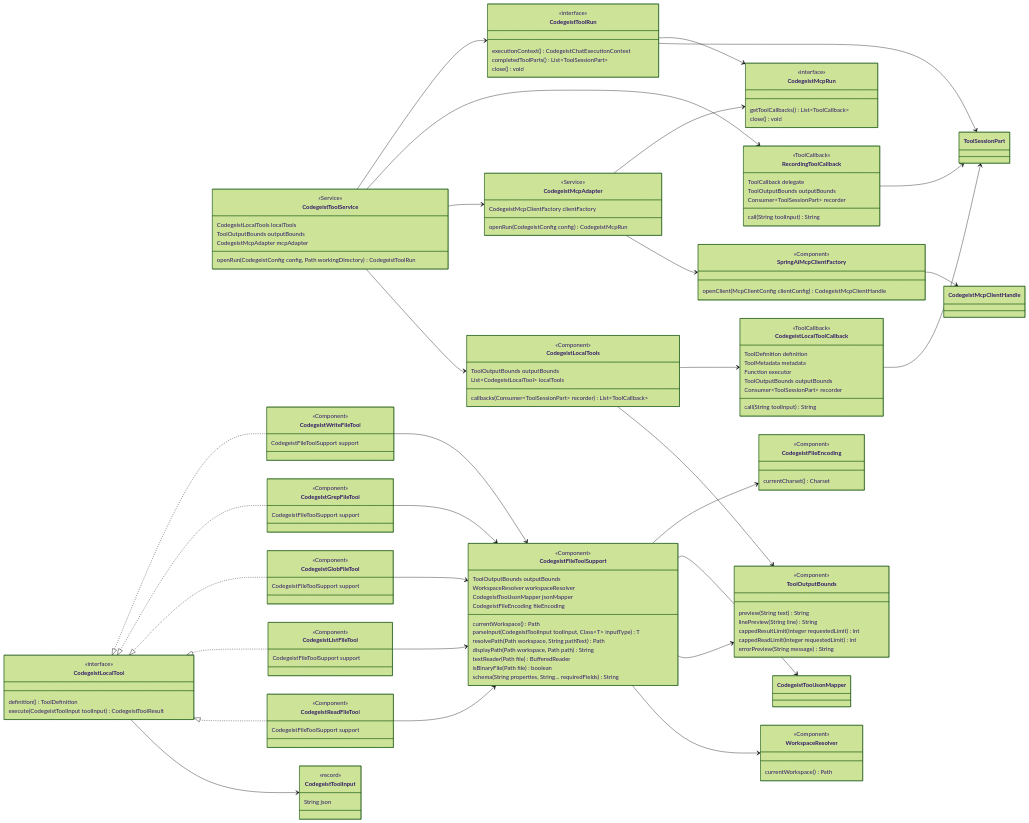
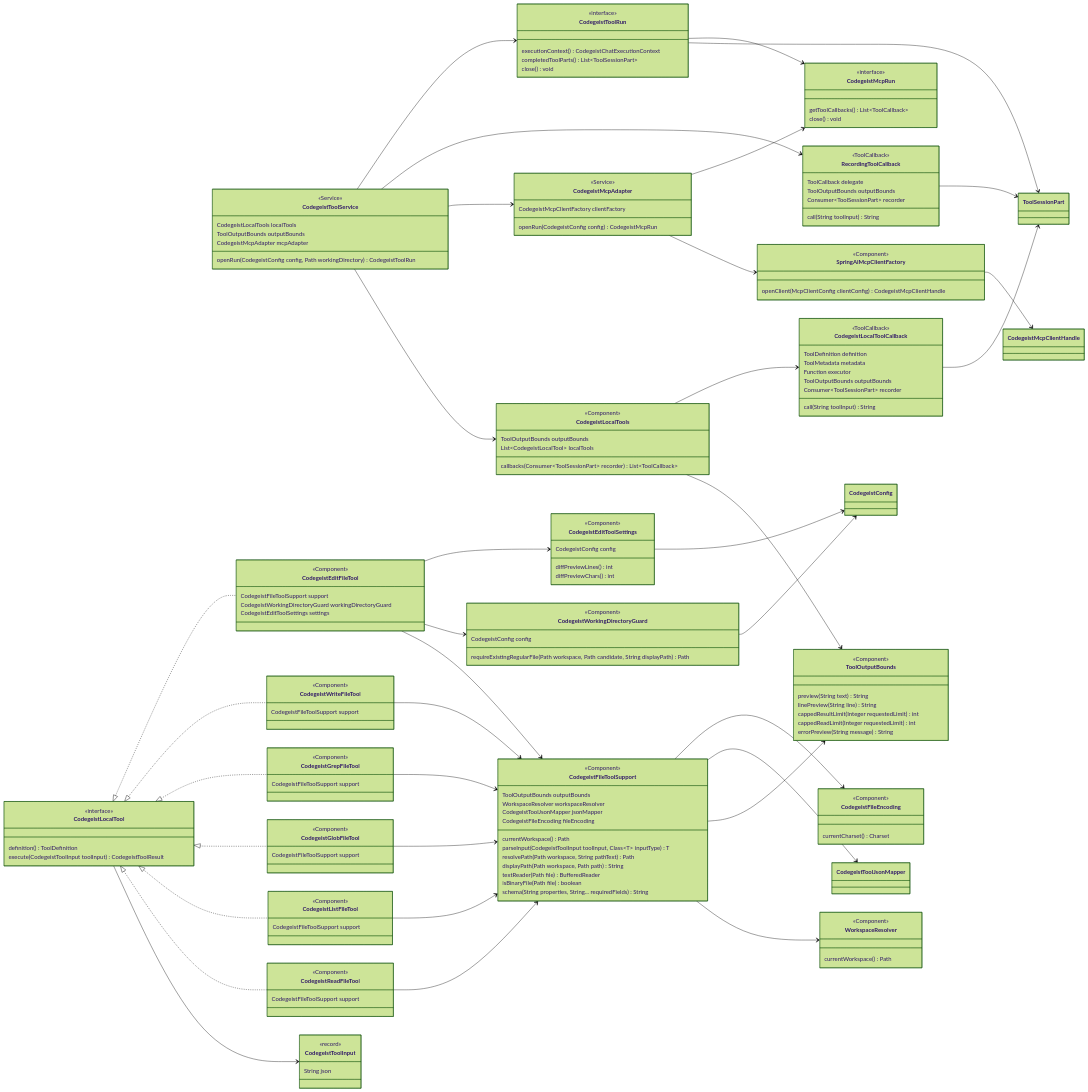
Before and after one commit to codegeist-ai/codegeist: the first of 5 diagrams in docs/developer/architecture/local-file-tools.md, drawn with Mermaid (forest theme). The commit also changed other lines of this file and 61 other files, not shown here.

First line of the commit message:
feat(tool): add exact edit tool and native smoke harness

````diff
--- a/docs/developer/architecture/local-file-tools.md
+++ b/docs/developer/architecture/local-file-tools.md
@@ -188,6 +200,12 @@
       schema(String properties, String... requiredFields) String
     }
 
+    class CodegeistWorkingDirectoryGuard {
+      <<Component>>
+      CodegeistConfig config
+      requireExistingRegularFile(Path workspace, Path candidate, String displayPath) Path
+    }
+
     class CodegeistFileEncoding {
       <<Component>>
       currentCharset() Charset
@@ -228,6 +246,20 @@
       CodegeistFileToolSupport support
     }
 
+    class CodegeistEditFileTool {
+      <<Component>>
+      CodegeistFileToolSupport support
+      CodegeistWorkingDirectoryGuard workingDirectoryGuard
+      CodegeistEditToolSettings settings
+    }
+
+    class CodegeistEditToolSettings {
+      <<Component>>
+      CodegeistConfig config
+      diffPreviewLines() int
+      diffPreviewChars() int
+    }
+
     CodegeistToolService --> CodegeistLocalTools
     CodegeistToolService --> CodegeistMcpAdapter
     CodegeistToolService --> RecordingToolCallback
@@ -246,14 +278,20 @@
     CodegeistLocalTool <|.. CodegeistGlobFileTool
     CodegeistLocalTool <|.. CodegeistGrepFileTool
     CodegeistLocalTool <|.. CodegeistWriteFileTool
+    CodegeistLocalTool <|.. CodegeistEditFileTool
     CodegeistFileToolSupport --> WorkspaceResolver
     CodegeistFileToolSupport --> ToolOutputBounds
     CodegeistFileToolSupport --> CodegeistToolJsonMapper
     CodegeistFileToolSupport --> CodegeistFileEncoding
+    CodegeistWorkingDirectoryGuard --> CodegeistConfig
+    CodegeistEditToolSettings --> CodegeistConfig
     CodegeistReadFileTool --> CodegeistFileToolSupport
     CodegeistListFileTool --> CodegeistFileToolSupport
     CodegeistGlobFileTool --> CodegeistFileToolSupport
     CodegeistGrepFileTool --> CodegeistFileToolSupport
     CodegeistWriteFileTool --> CodegeistFileToolSupport
+    CodegeistEditFileTool --> CodegeistFileToolSupport
+    CodegeistEditFileTool --> CodegeistWorkingDirectoryGuard
+    CodegeistEditFileTool --> CodegeistEditToolSettings
     CodegeistLocalToolCallback --> ToolSessionPart
 ```
````
